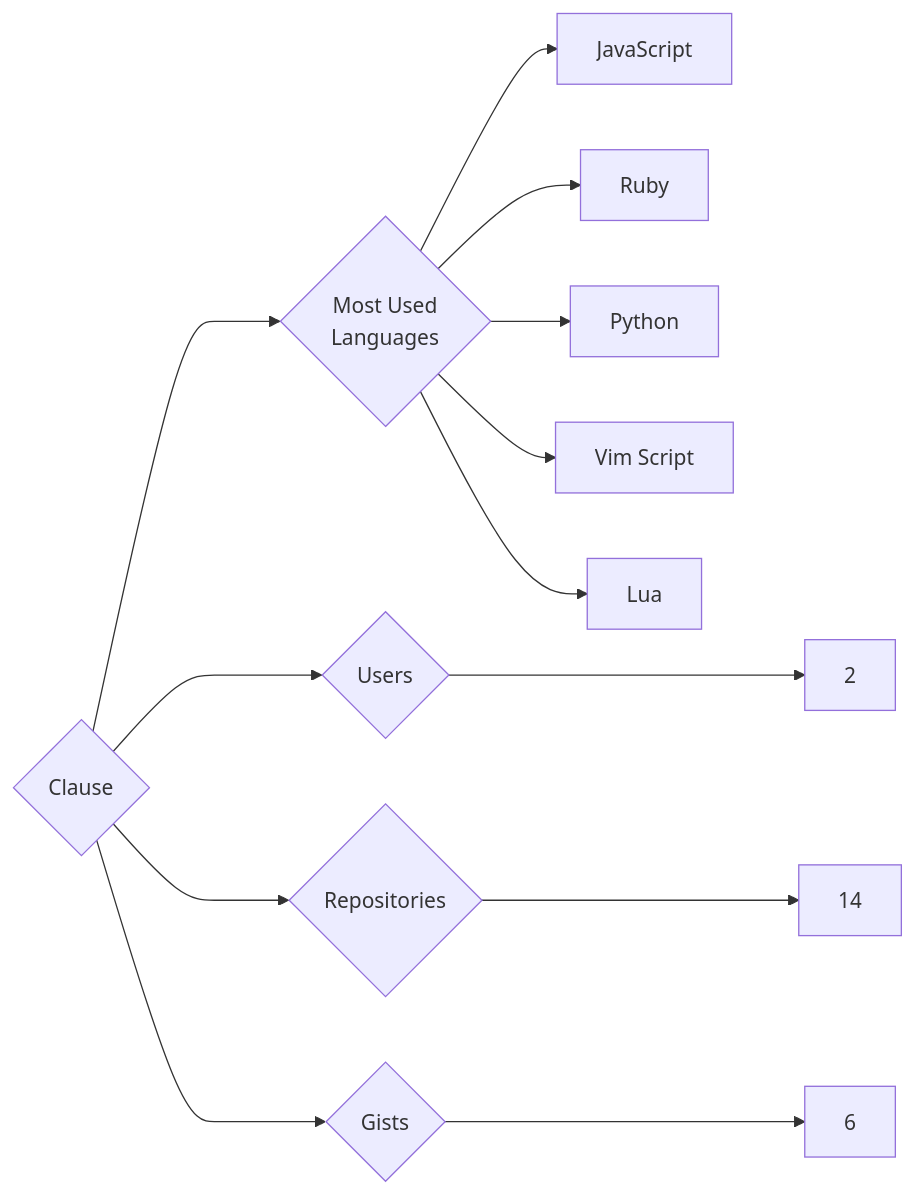
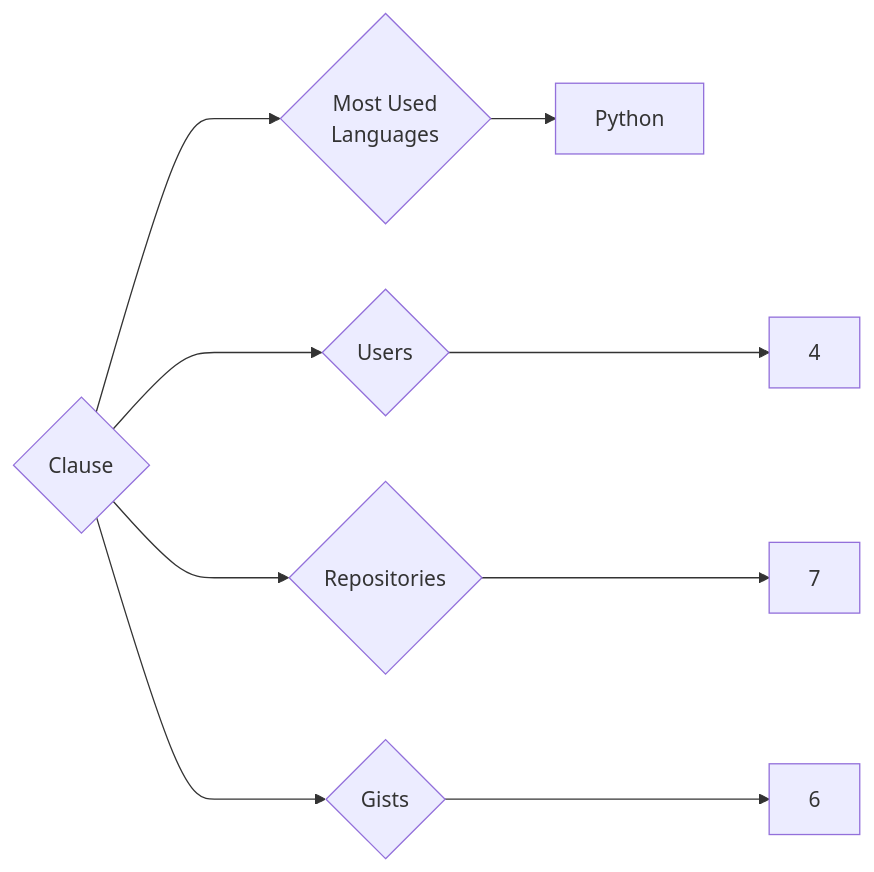
One commit to trickest/insiders changed the diagram in targets/Clause/README.md. Above: the diagram before and after it, drawn with Mermaid. The commit also changed 749 other files, not shown here.

````diff
--- a/targets/Clause/README.md
+++ b/targets/Clause/README.md
@@ -3,13 +3,9 @@
 ```mermaid
 graph LR
 COMPANY_NAME{Clause}
-COMPANY_NAME ---> U{Users} ---> UN[2]
-COMPANY_NAME ---> R{Repositories} ---> RN[14]
+COMPANY_NAME ---> U{Users} ---> UN[4]
+COMPANY_NAME ---> R{Repositories} ---> RN[7]
 COMPANY_NAME ---> G{Gists} ---> GN[6]
 COMPANY_NAME ---> ML{Most Used<br>Languages}
-ML --> JavaScript[JavaScript]
-ML --> Ruby[Ruby]
 ML --> Python[Python]
-ML --> Vim_Script[Vim Script]
-ML --> Lua[Lua]
 ```
````
